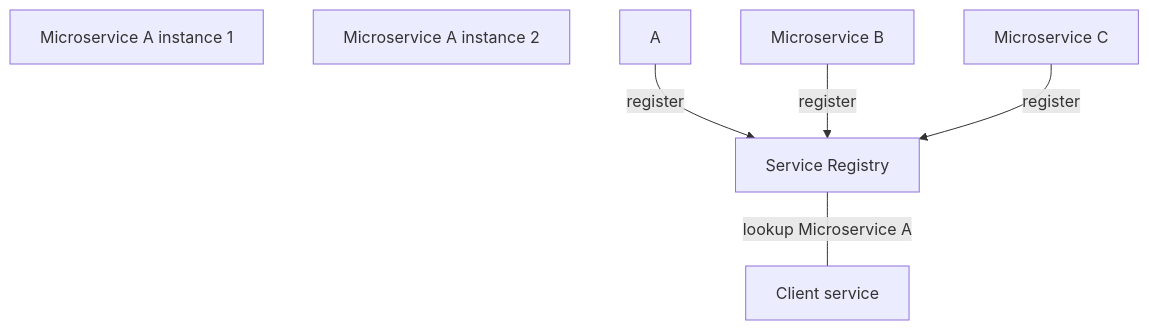
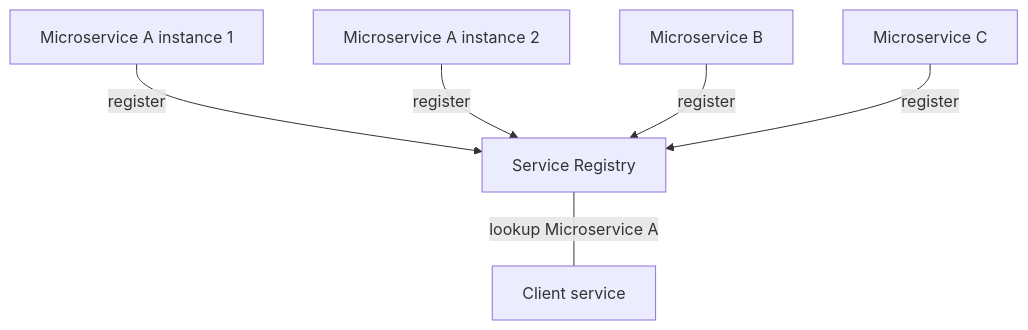
One commit to sonamsamdupkhangsar/sonamsamdupkhangsar.github.io changed the diagram in service-discovery/README.md. Above: the diagram before and after it, drawn with Mermaid.

Commit message:
add service discovery

````diff
--- a/service-discovery/README.md
+++ b/service-discovery/README.md
@@ -8,14 +8,15 @@
 ```mermaid
 flowchart TD   
     A1[Microservice A instance 1]
     A2[Microservice A instance 2]
     B[Microservice B]
     C[Microservice C]
     Eureka[Service Registry]
     D[Client service] 
 
-    A --> |register| Eureka
+    A1 --> |register| Eureka
+    A2 --> |register| Eureka
     B --> |register| Eureka
     C --> |register| Eureka
     Eureka ---|lookup Microservice A| D
 ``` 
````
